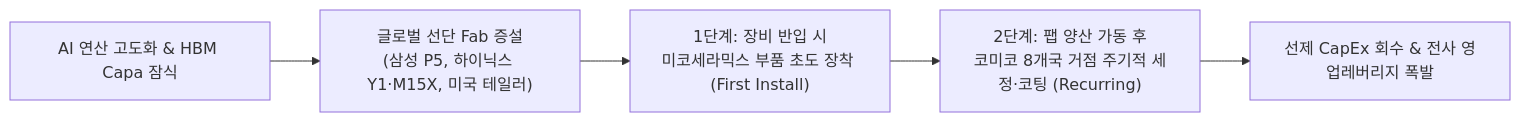
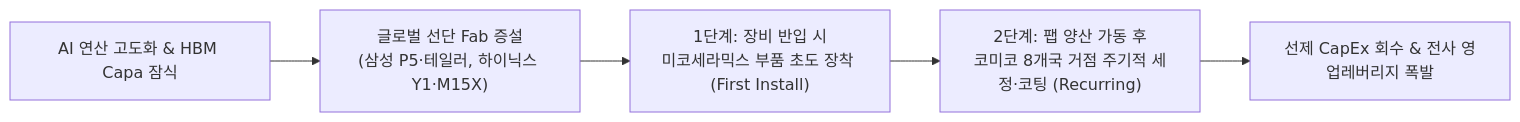
The first of 2 diagrams in Stock_Research/코미코/3_Final_Reports/Phase2_Story.md (eve830521-cmd/my-skill), drawn with Mermaid before and after one commit. The commit also changed other lines of this file and 37 other files, not shown here.

````diff
--- a/Stock_Research/코미코/3_Final_Reports/Phase2_Story.md
+++ b/Stock_Research/코미코/3_Final_Reports/Phase2_Story.md
@@ -14,7 +16,7 @@
 ```mermaid
 graph LR
-    A["AI 연산 고도화 & HBM Capa 잠식"] --> B["글로벌 선단 Fab 증설<br>(삼성 P5, 하이닉스 Y1·M15X, 미국 테일러)"]
+    A["AI 연산 고도화 & HBM Capa 잠식"] --> B["글로벌 선단 Fab 증설<br>(삼성 P5·테일러, 하이닉스 Y1·M15X)"]
     B --> C["1단계: 장비 반입 시<br>미코세라믹스 부품 초도 장착 (First Install)"]
     C --> D["2단계: 팹 양산 가동 후<br>코미코 8개국 거점 주기적 세정·코팅 (Recurring)"]
     D --> E["선제 CapEx 회수 & 전사 영업레버리지 폭발"]
 ```
````
